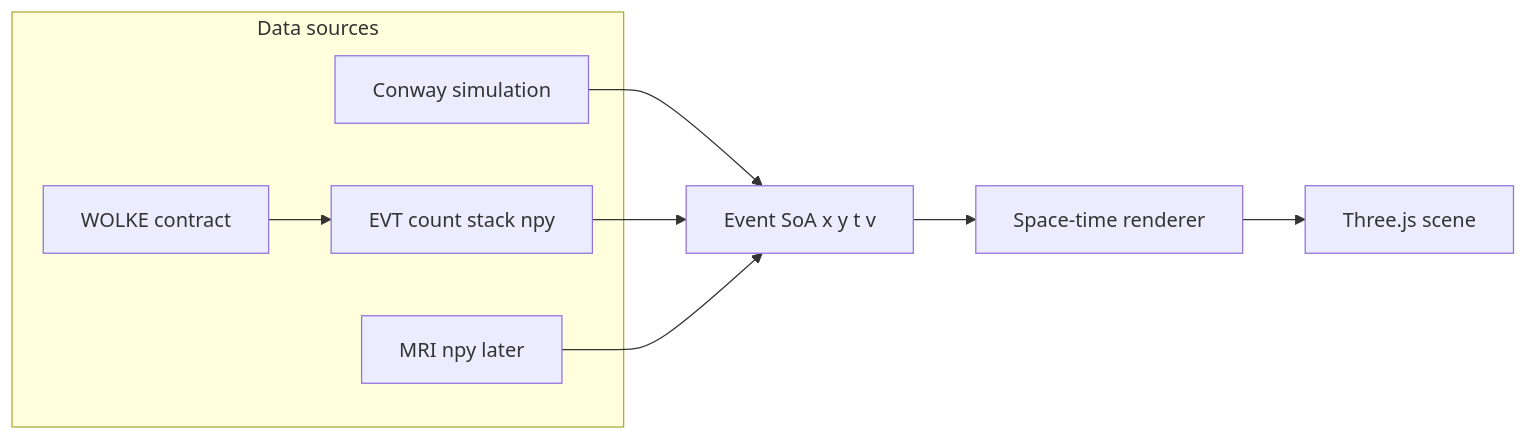
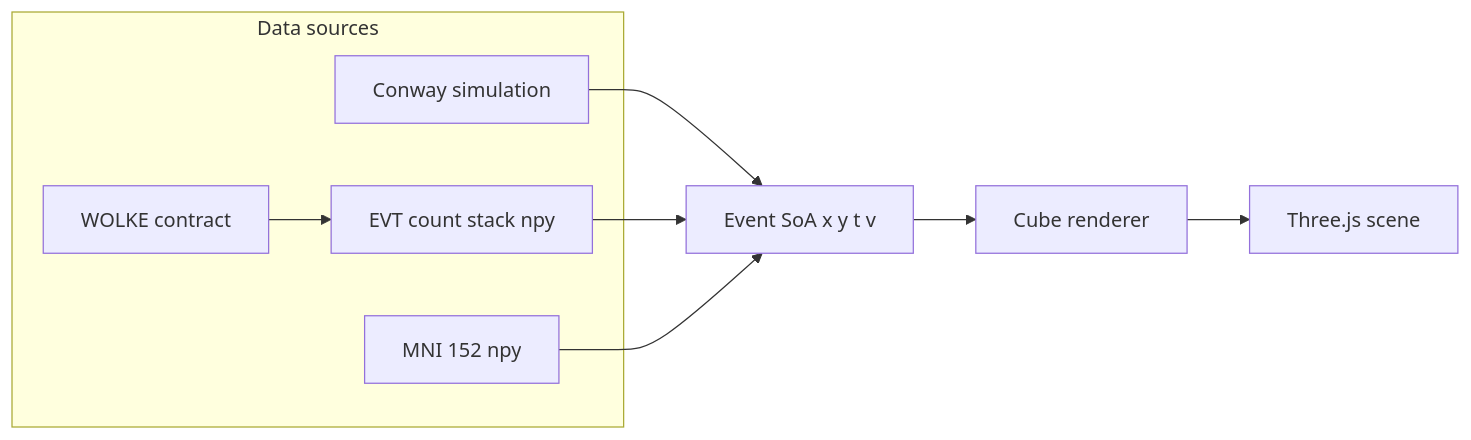
Before and after one commit to PiMaV/DONNER: the second of 29 diagrams in architecture.md, drawn with Mermaid. The commit also changed other lines of this file and 33 other files, not shown here.

````diff
--- a/architecture.md
+++ b/architecture.md
@@ -24,15 +28,15 @@
 ```mermaid
 flowchart LR
   subgraph sources [Data sources]
     conway[Conway simulation]
     count[EVT count stack npy]
     stream[WOLKE contract]
-    mri[MRI npy later]
+    mri[MNI 152 npy]
   end
   conway --> soa[Event SoA x y t v]
   count --> soa
   stream --> count
   mri --> soa
-  soa --> rend[Space-time renderer]
+  soa --> rend[Cube renderer]
   rend --> view[Three.js scene]
 ```
````
